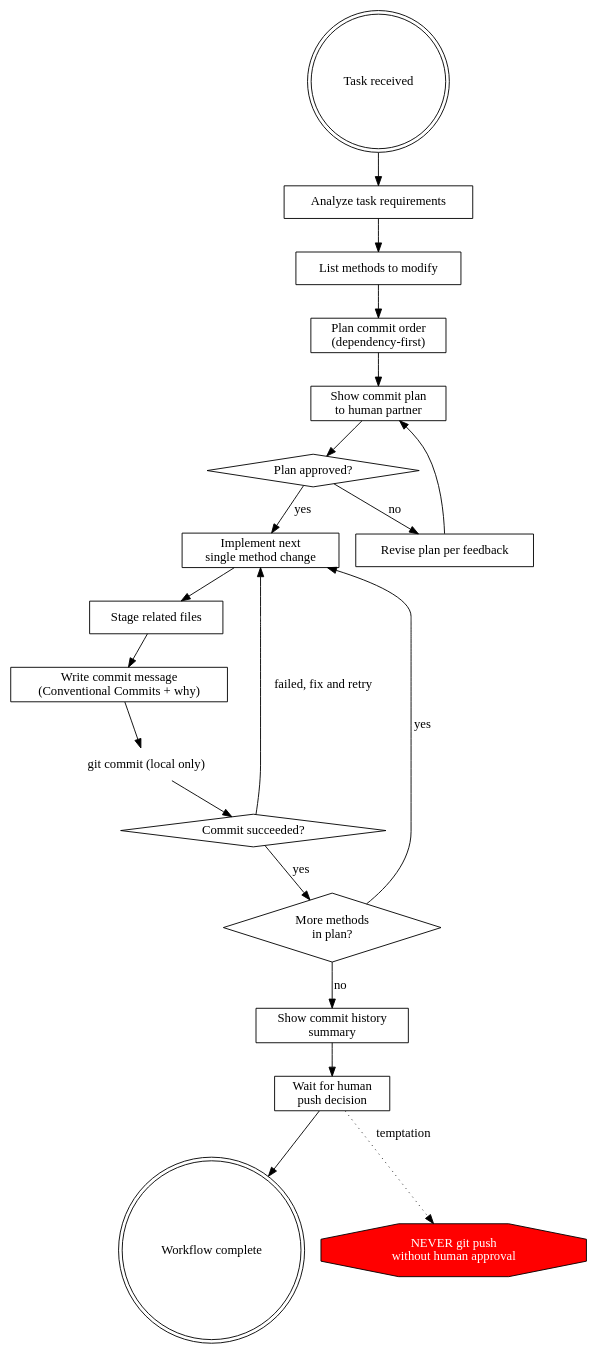
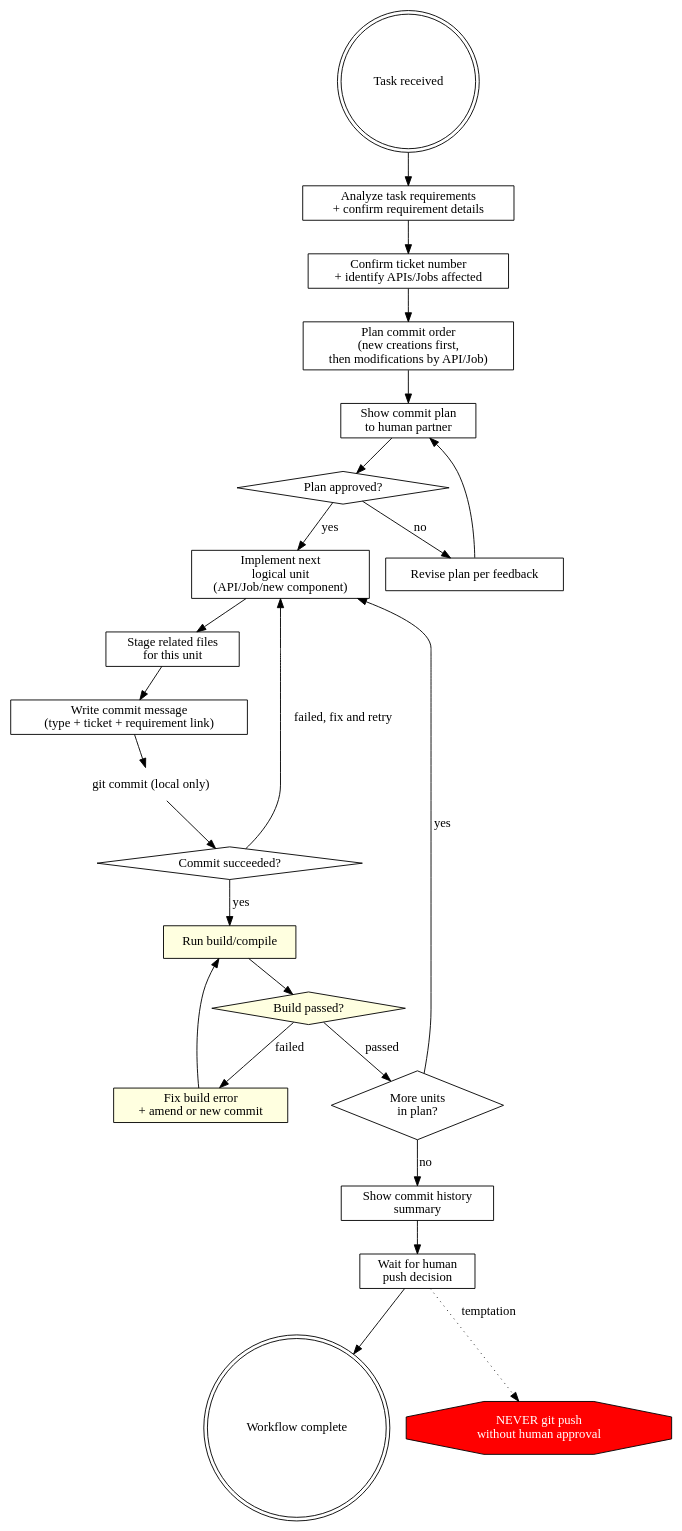
One commit to Chao-Shiun/incremental-commit-workflow changed the diagram in SKILL.md. Above: the diagram before and after it, drawn with Graphviz. The commit also changed other lines of this file and 2 other files, not shown here.

First line of the commit message:
feat: adjust commit granularity from method-level to API/Job-level

````diff
--- a/SKILL.md
+++ b/SKILL.md
@@ -51,48 +67,59 @@
 ```dot
 digraph incremental_commit {
     rankdir=TB;
 
     start [label="Task received", shape=doublecircle];
-    analyze [label="Analyze task requirements", shape=box];
-    list_methods [label="List methods to modify", shape=box];
-    plan_order [label="Plan commit order\n(dependency-first)", shape=box];
+    analyze [label="Analyze task requirements\n+ confirm requirement details", shape=box];
+    identify [label="Confirm ticket number\n+ identify APIs/Jobs affected", shape=box];
+    plan_order [label="Plan commit order\n(new creations first,\nthen modifications by API/Job)", shape=box];
     show_plan [label="Show commit plan\nto human partner", shape=box];
     approved [label="Plan approved?", shape=diamond];
     revise [label="Revise plan per feedback", shape=box];
 
-    implement [label="Implement next\nsingle method change", shape=box];
-    stage [label="Stage related files", shape=box];
-    write_msg [label="Write commit message\n(Conventional Commits + why)", shape=box];
+    implement [label="Implement next\nlogical unit\n(API/Job/new component)", shape=box];
+    stage [label="Stage related files\nfor this unit", shape=box];
+    write_msg [label="Write commit message\n(type + ticket + requirement link)", shape=box];
     commit_local [label="git commit (local only)", shape=plaintext];
-    verify [label="Commit succeeded?", shape=diamond];
-    more [label="More methods\nin plan?", shape=diamond];
+    commit_ok [label="Commit succeeded?", shape=diamond];
+
+    build [label="Run build/compile", shape=box, style=filled, fillcolor=lightyellow];
+    build_ok [label="Build passed?", shape=diamond, style=filled, fillcolor=lightyellow];
+    fix_build [label="Fix build error\n+ amend or new commit", shape=box, style=filled, fillcolor=lightyellow];
+
+    more [label="More units\nin plan?", shape=diamond];
 
     show_log [label="Show commit history\nsummary", shape=box];
     wait_push [label="Wait for human\npush decision", shape=box];
     done [label="Workflow complete", shape=doublecircle];
 
     never_push [label="NEVER git push\nwithout human approval", shape=octagon, style=filled, fillcolor=red, fontcolor=white];
 
     start -> analyze;
-    analyze -> list_methods;
-    list_methods -> plan_order;
+    analyze -> identify;
+    identify -> plan_order;
     plan_order -> show_plan;
     show_plan -> approved;
     approved -> implement [label="yes"];
     approved -> revise [label="no"];
     revise -> show_plan;
 
     implement -> stage;
     stage -> write_msg;
     write_msg -> commit_local;
-    commit_local -> verify;
-    verify -> more [label="yes"];
-    verify -> implement [label="failed, fix and retry"];
+    commit_local -> commit_ok;
+    commit_ok -> build [label="yes"];
+    commit_ok -> implement [label="failed, fix and retry"];
+
+    build -> build_ok;
+    build_ok -> more [label="passed"];
+    build_ok -> fix_build [label="failed"];
+    fix_build -> build;
+
     more -> implement [label="yes"];
     more -> show_log [label="no"];
 
     show_log -> wait_push;
     wait_push -> done;
     wait_push -> never_push [style=dotted, label="temptation"];
 }
 ```
````
